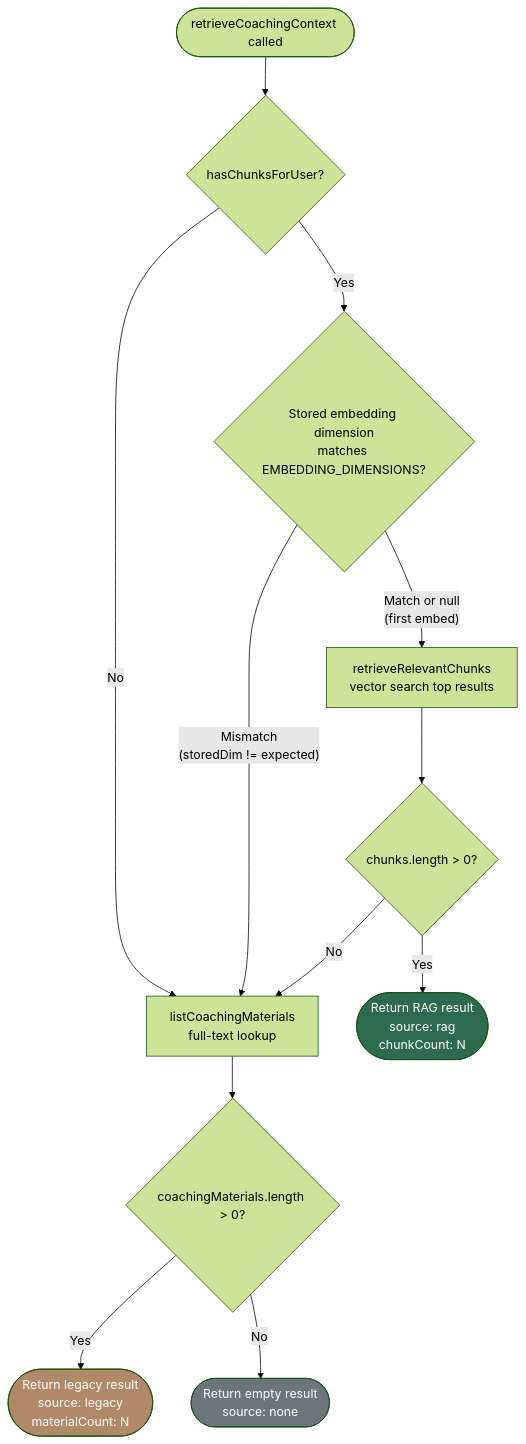
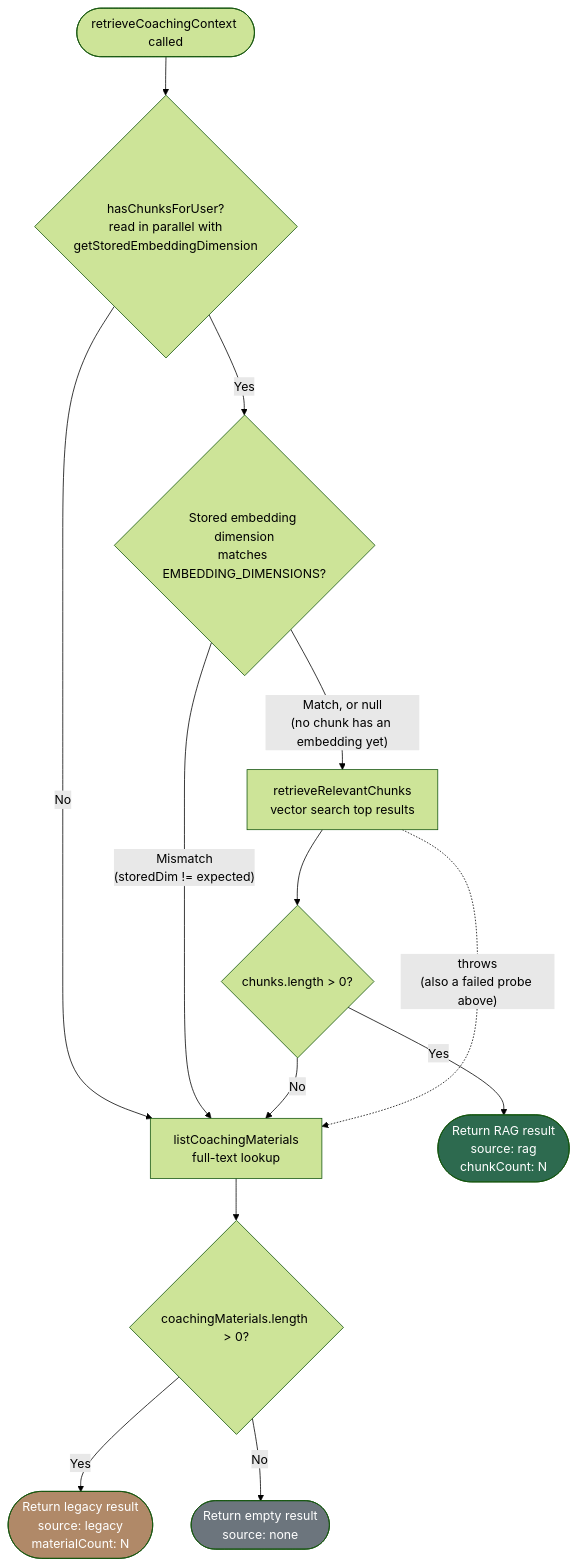
Before and after one commit to daler91/Hyrox-Companion: the fifth of 8 diagrams in docs/architecture.md, drawn with Mermaid (forest theme). The commit also changed other lines of this file and 2 other files, not shown here.

````diff
--- a/docs/architecture.md
+++ b/docs/architecture.md
@@ -251,27 +260,28 @@
 ```mermaid
 flowchart TD
-    START([retrieveCoachingContext called]) --> HAS_CHUNKS{hasChunksForUser?}
+    START([retrieveCoachingContext called]) --> HAS_CHUNKS{hasChunksForUser?\nread in parallel with\ngetStoredEmbeddingDimension}
 
     HAS_CHUNKS -- No --> FALLBACK_LEGACY
 
     HAS_CHUNKS -- Yes --> DIM_CHECK{Stored embedding dimension\nmatches EMBEDDING_DIMENSIONS?}
 
     DIM_CHECK -- "Mismatch\n(storedDim != expected)" --> FALLBACK_LEGACY
-    DIM_CHECK -- "Match or null\n(first embed)" --> VECTOR_SEARCH[retrieveRelevantChunks\nvector search top results]
+    DIM_CHECK -- "Match, or null\n(no chunk has an embedding yet)" --> VECTOR_SEARCH[retrieveRelevantChunks\nvector search top results]
 
     VECTOR_SEARCH --> HAS_RESULTS{chunks.length > 0?}
 
     HAS_RESULTS -- Yes --> RETURN_RAG([Return RAG result\nsource: rag\nchunkCount: N])
 
     HAS_RESULTS -- No --> FALLBACK_LEGACY
+    VECTOR_SEARCH -. "throws\n(also a failed probe above)" .-> FALLBACK_LEGACY
 
     FALLBACK_LEGACY[listCoachingMaterials\nfull-text lookup] --> HAS_MATERIALS{coachingMaterials.length > 0?}
 
     HAS_MATERIALS -- Yes --> RETURN_LEGACY([Return legacy result\nsource: legacy\nmaterialCount: N])
 
     HAS_MATERIALS -- No --> RETURN_NONE([Return empty result\nsource: none])
 
     style RETURN_RAG fill:#2d6a4f,color:#fff
     style RETURN_LEGACY fill:#b08968,color:#fff
     style RETURN_NONE fill:#6c757d,color:#fff
 ```
````
